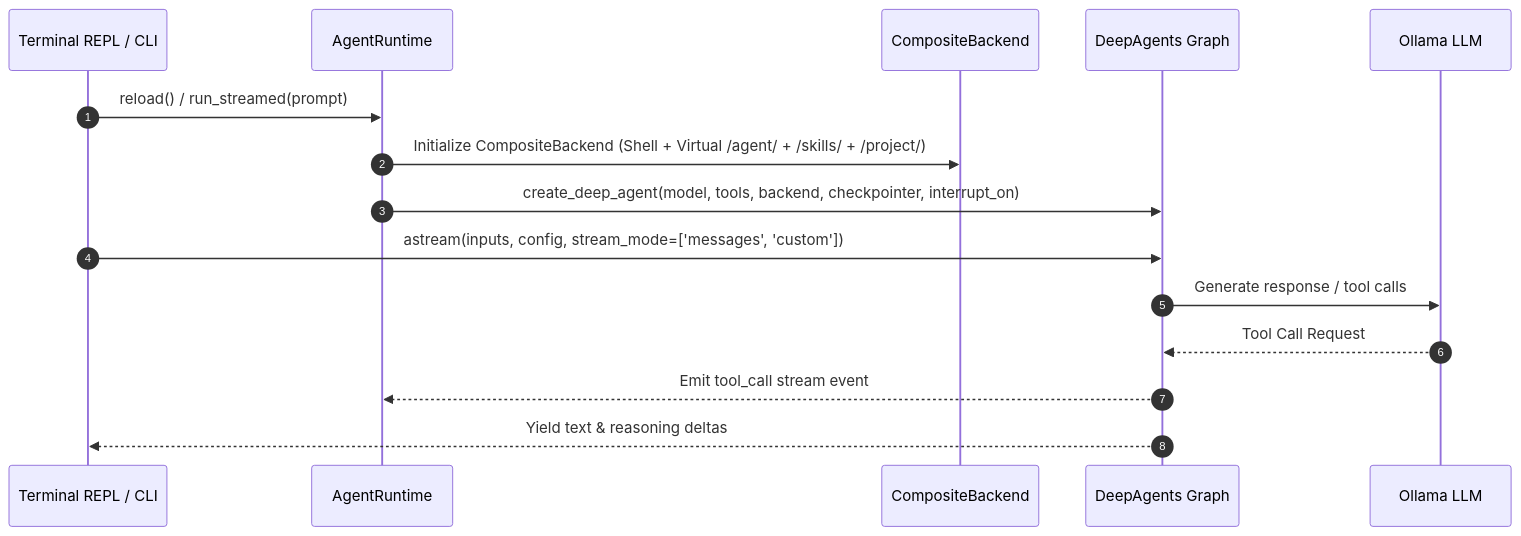
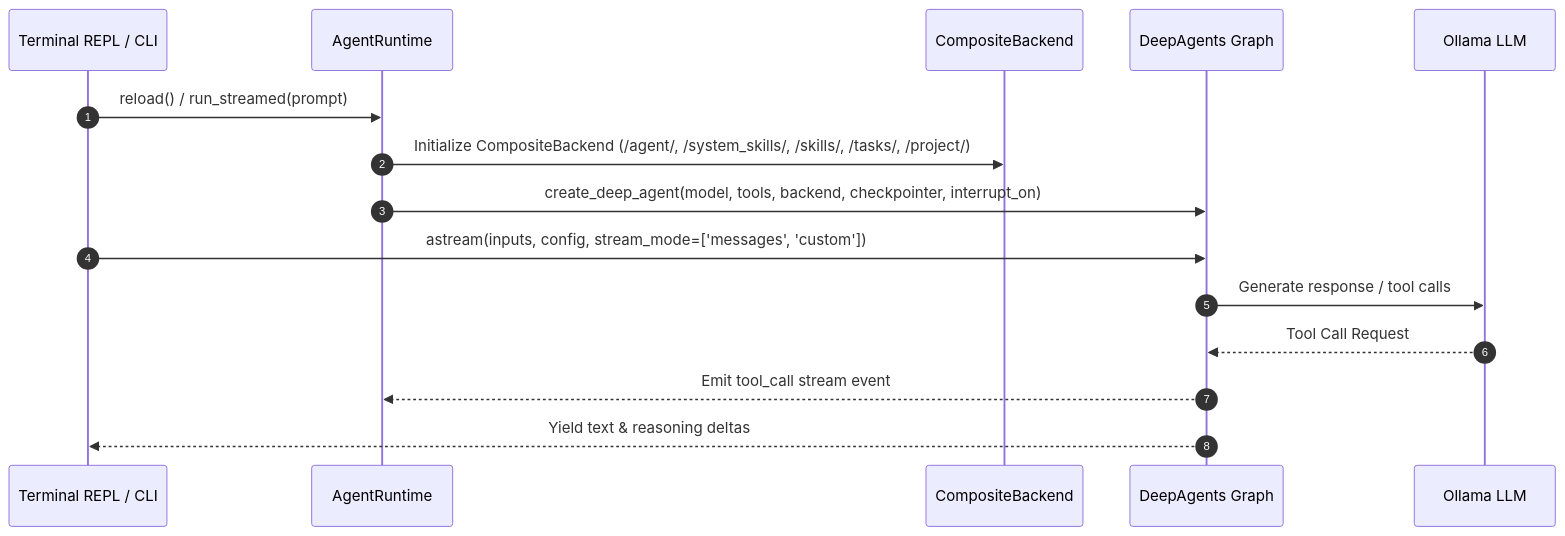
One commit to arrase/ollama-agent changed the second of 8 diagrams in docs/architecture.md. Above: the diagram before and after it, drawn with Mermaid. The commit also changed other lines of this file and 8 other files, not shown here.

````diff
--- a/docs/architecture.md
+++ b/docs/architecture.md
@@ -60,18 +63,18 @@
 ```mermaid
 sequenceDiagram
     autonumber
     participant UI as Terminal REPL / CLI
     participant Runtime as AgentRuntime
     participant Backend as CompositeBackend
     participant Graph as DeepAgents Graph
     participant LLM as Ollama LLM
 
     UI->>Runtime: reload() / run_streamed(prompt)
-    Runtime->>Backend: Initialize CompositeBackend (Shell + Virtual /agent/ + /skills/ + /project/)
+    Runtime->>Backend: Initialize CompositeBackend (/agent/, /system_skills/, /skills/, /tasks/, /project/)
     Runtime->>Graph: create_deep_agent(model, tools, backend, checkpointer, interrupt_on)
     UI->>Graph: astream(inputs, config, stream_mode=['messages', 'custom'])
     Graph->>LLM: Generate response / tool calls
     LLM-->>Graph: Tool Call Request
     Graph-->>Runtime: Emit tool_call stream event
     Graph-->>UI: Yield text & reasoning deltas
 ```
````
